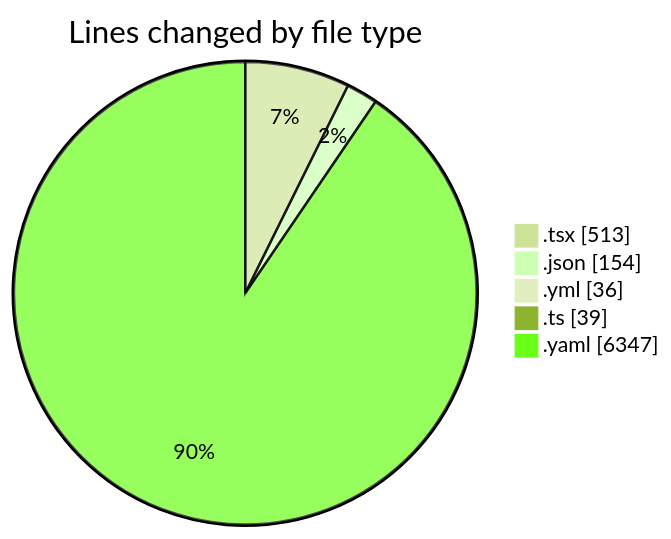
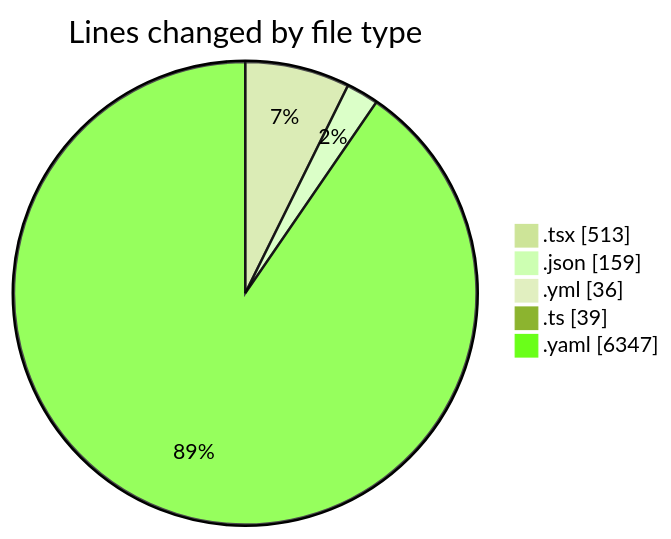
The first of 2 diagrams in 2025-11-27/eventscop-frontend-guide__workspace_/README.md (julien-gomy/code-tracking), drawn with Mermaid (forest theme) before and after one commit. The commit also changed other lines of this file and 1 other file, not shown here.

````diff
--- a/2025-11-27/eventscop-frontend-guide__workspace_/README.md
+++ b/2025-11-27/eventscop-frontend-guide__workspace_/README.md
@@ -31,9 +32,9 @@
 ```mermaid
 pie showData
 title Lines changed by file type
 ".tsx" : 513
-".json" : 154
+".json" : 159
 ".yml" : 36
 ".ts" : 39
 ".yaml" : 6347
 ```
````
